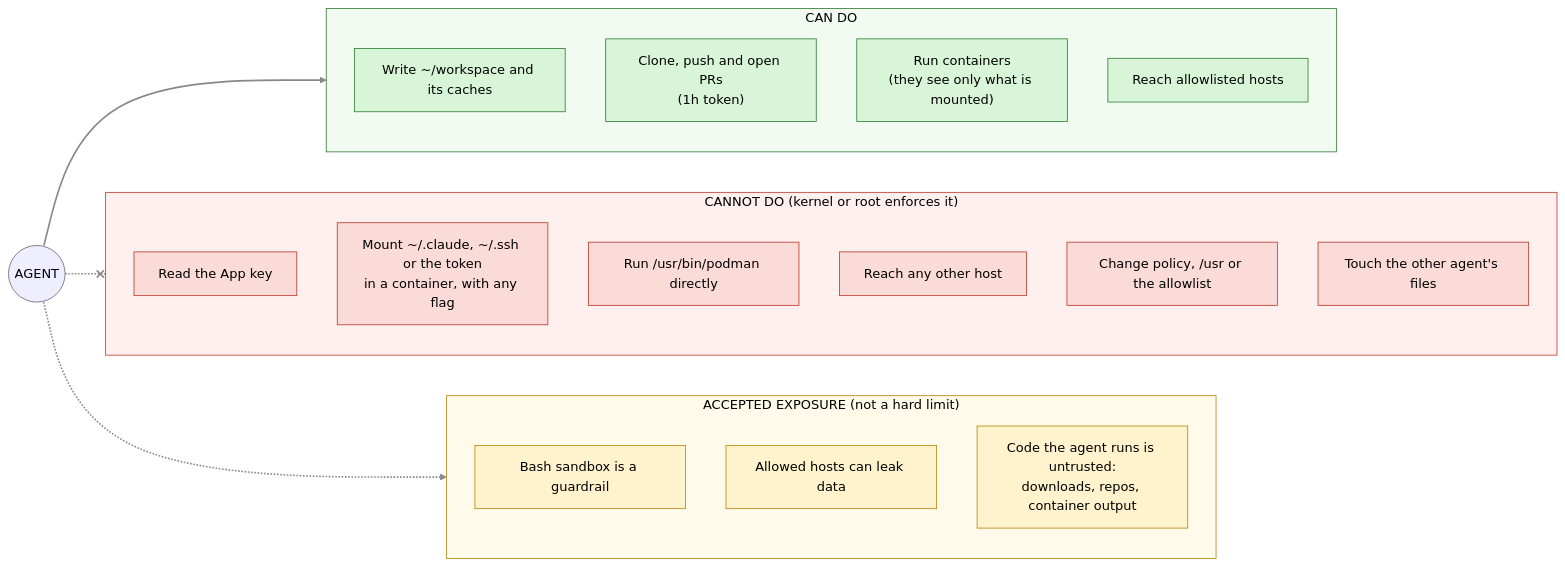
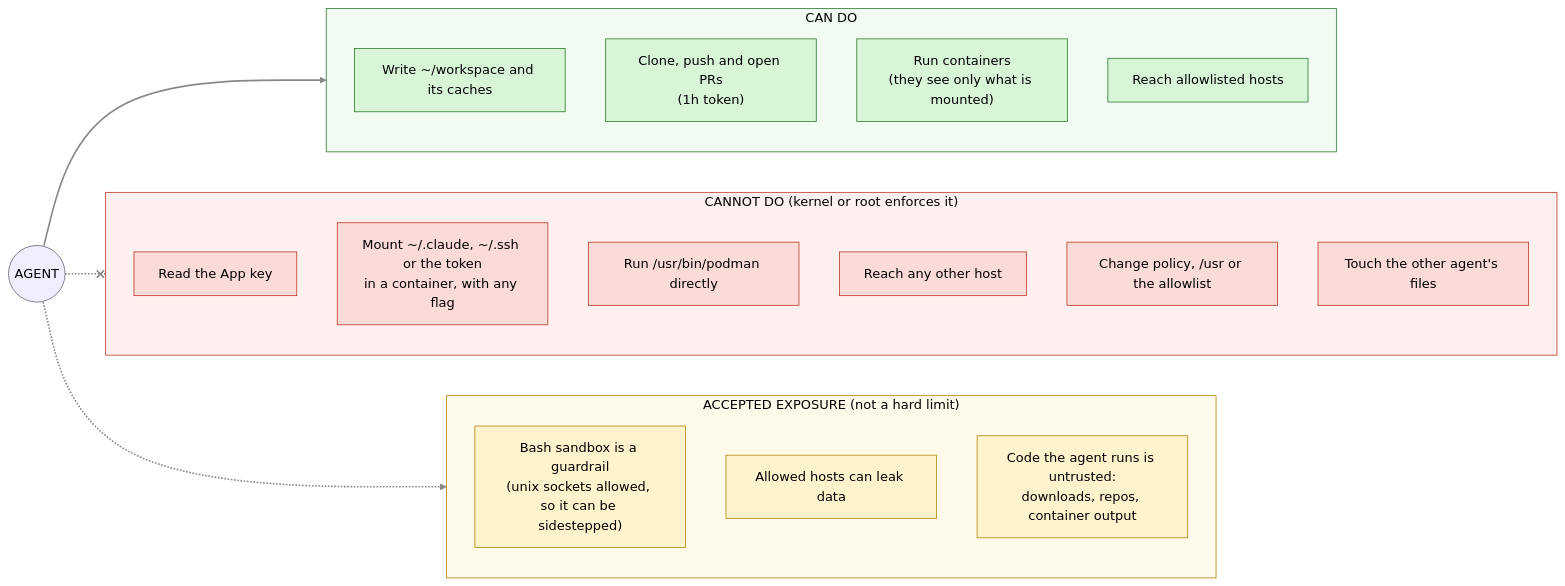
Before and after one commit to cthtrifork/homeserver-bootc: the second of 3 diagrams in docs/claude-vm/README.md, drawn with Mermaid (neutral theme). The commit also changed other lines of this file, not shown here.

Commit message:
docs(claude-vm): reflect allowed unix sockets in the security diagram

````diff
--- a/docs/claude-vm/README.md
+++ b/docs/claude-vm/README.md
@@ -78,45 +78,45 @@
 ```mermaid
 flowchart LR
     AG(("AGENT"))
 
     subgraph CAN["CAN DO"]
         direction TB
         C1["Write ~/workspace and its caches"]
         C2["Clone, push and open PRs<br/>(1h token)"]
         C3["Run containers<br/>(they see only what is mounted)"]
         C4["Reach allowlisted hosts"]
     end
 
     subgraph CANT["CANNOT DO (kernel or root enforces it)"]
         direction TB
         N1["Read the App key"]
         N2["Mount ~/.claude, ~/.ssh or the token<br/>in a container, with any flag"]
         N3["Run /usr/bin/podman directly"]
         N4["Reach any other host"]
         N5["Change policy, /usr or the allowlist"]
         N6["Touch the other agent's files"]
     end
 
     subgraph SOFT["ACCEPTED EXPOSURE (not a hard limit)"]
         direction TB
-        S1["Bash sandbox is a guardrail"]
+        S1["Bash sandbox is a guardrail<br/>(unix sockets allowed, so it can be sidestepped)"]
         S2["Allowed hosts can leak data"]
         S3["Code the agent runs is untrusted:<br/>downloads, repos, container output"]
     end
 
     AG --> CAN
     AG -.-x CANT
     AG -.-> SOFT
 
     linkStyle default stroke:#888,stroke-width:2px
     classDef ok fill:#d8f5d8,stroke:#2e7d32,color:#000
     classDef no fill:#fadbd8,stroke:#c0392b,color:#000
     classDef soft fill:#fff3cd,stroke:#b8860b,color:#000
     class C1,C2,C3,C4 ok
     class N1,N2,N3,N4,N5,N6 no
     class S1,S2,S3 soft
     style CAN fill:#f2fbf2,stroke:#2e7d32,color:#000
     style CANT fill:#fdf0ee,stroke:#c0392b,color:#000
     style SOFT fill:#fffaea,stroke:#b8860b,color:#000
     style AG fill:#eef,stroke:#667,color:#000
 ```
````
